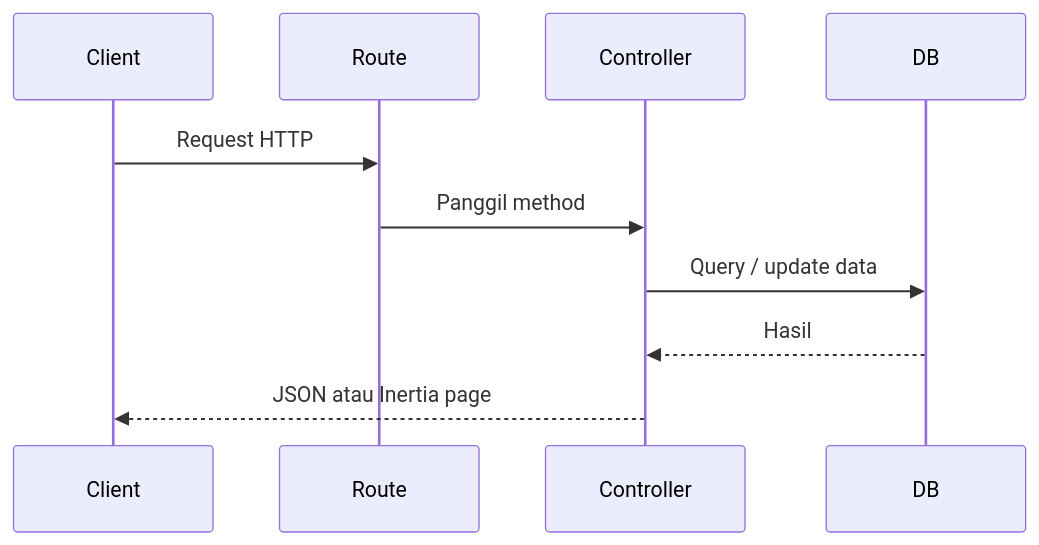
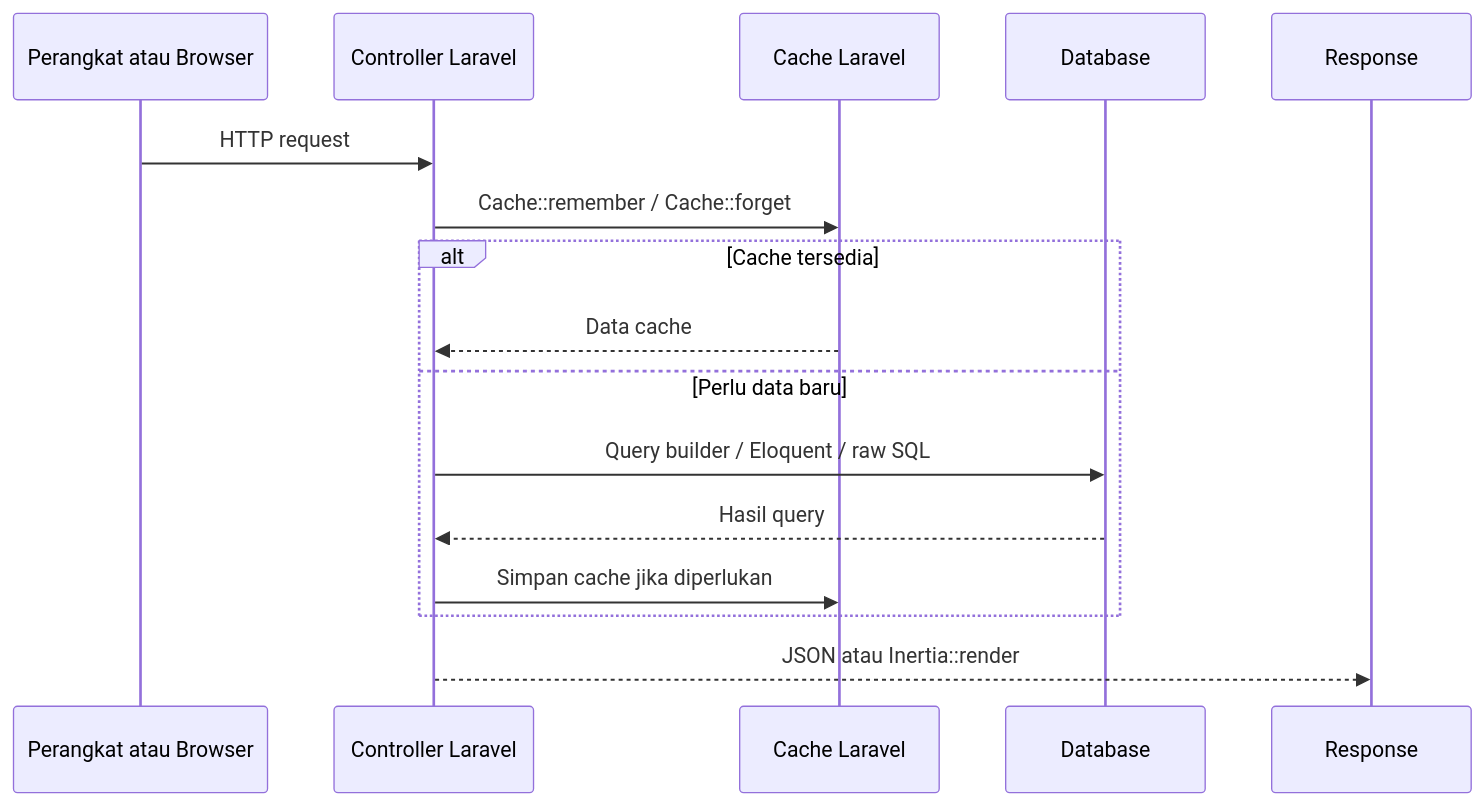
Before and after one commit to dhimasardinata/ta-iot-greenhouse-docs: the diagram in src/content/docs/08-backend-laravel/cara-kerja-laravel.md, drawn with Mermaid. The commit also changed other lines of this file and 41 other files, not shown here.

````diff
--- a/src/content/docs/08-backend-laravel/cara-kerja-laravel.md
+++ b/src/content/docs/08-backend-laravel/cara-kerja-laravel.md
@@ -11,13 +12,19 @@
 ```mermaid
 sequenceDiagram
-    participant Client
-    participant Route
-    participant Controller
-    participant DB
+    participant Client as Perangkat atau Browser
+    participant Ctrl as Controller Laravel
+    participant Cache as Cache Laravel
+    participant DB as Database
+    participant Resp as Response
 
-    Client->>Route: Request HTTP
-    Route->>Controller: Panggil method
-    Controller->>DB: Query / update data
-    DB-->>Controller: Hasil
-    Controller-->>Client: JSON atau Inertia page
+    Client->>Ctrl: HTTP request
+    Ctrl->>Cache: Cache::remember / Cache::forget
+    alt Cache tersedia
+        Cache-->>Ctrl: Data cache
+    else Perlu data baru
+        Ctrl->>DB: Query builder / Eloquent / raw SQL
+        DB-->>Ctrl: Hasil query
+        Ctrl->>Cache: Simpan cache jika diperlukan
+    end
+    Ctrl-->>Resp: JSON atau Inertia::render
 ```
````
